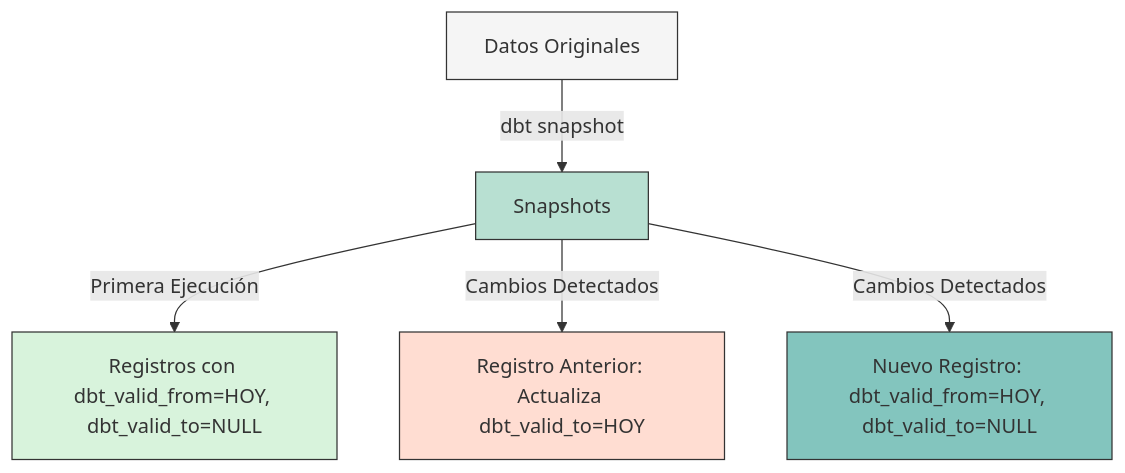
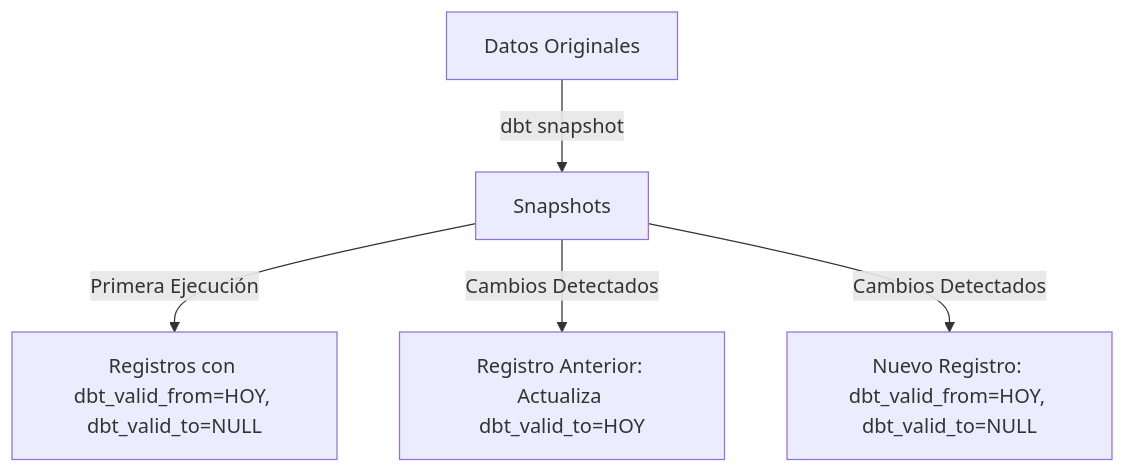
One commit to rafarngt/dbt-duckdb-analytics-kit changed the fourth of 8 diagrams in README.md. Above: the diagram before and after it, drawn with Mermaid. The commit also changed other lines of this file, not shown here.

````diff
--- a/README.md
+++ b/README.md
@@ -300,13 +300,7 @@
 ```mermaid
 flowchart TD
     A[Datos Originales] -->|dbt snapshot| B[Snapshots]
     B -->|Primera Ejecución| C[Registros con dbt_valid_from=HOY, dbt_valid_to=NULL]
     B -->|Cambios Detectados| D[Registro Anterior: Actualiza dbt_valid_to=HOY]
     B -->|Cambios Detectados| E[Nuevo Registro: dbt_valid_from=HOY, dbt_valid_to=NULL]
-    
-    style A fill:#f5f5f5,stroke:#333,stroke-width:1px
-    style B fill:#b8e0d2,stroke:#333,stroke-width:1px
-    style C fill:#d8f3dc,stroke:#333,stroke-width:1px
-    style D fill:#ffddd2,stroke:#333,stroke-width:1px
-    style E fill:#83c5be,stroke:#333,stroke-width:1px
 ```
````
